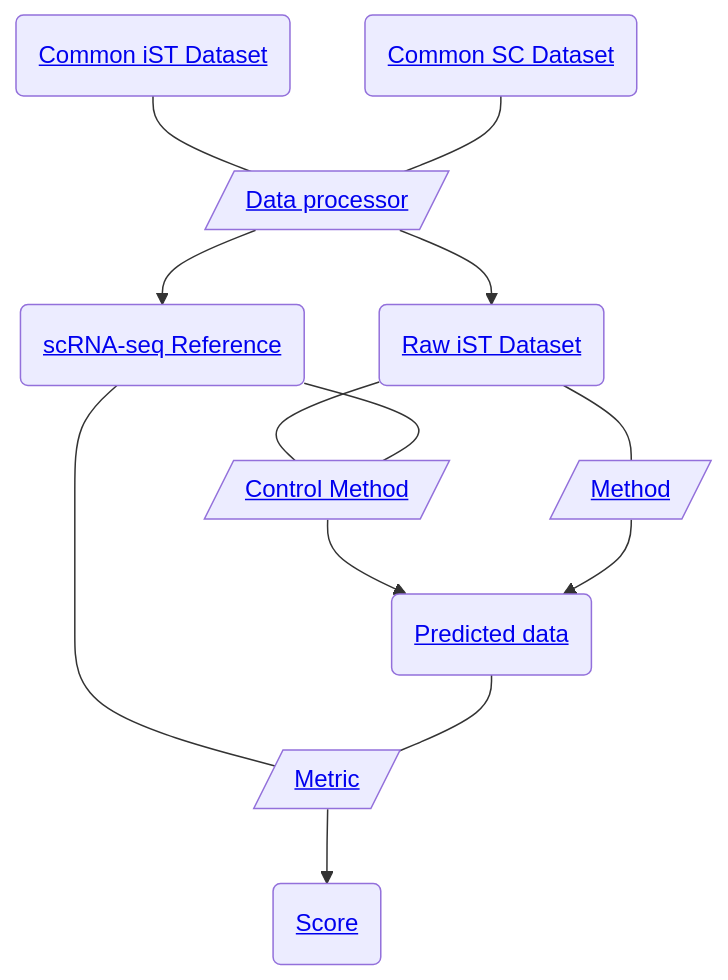
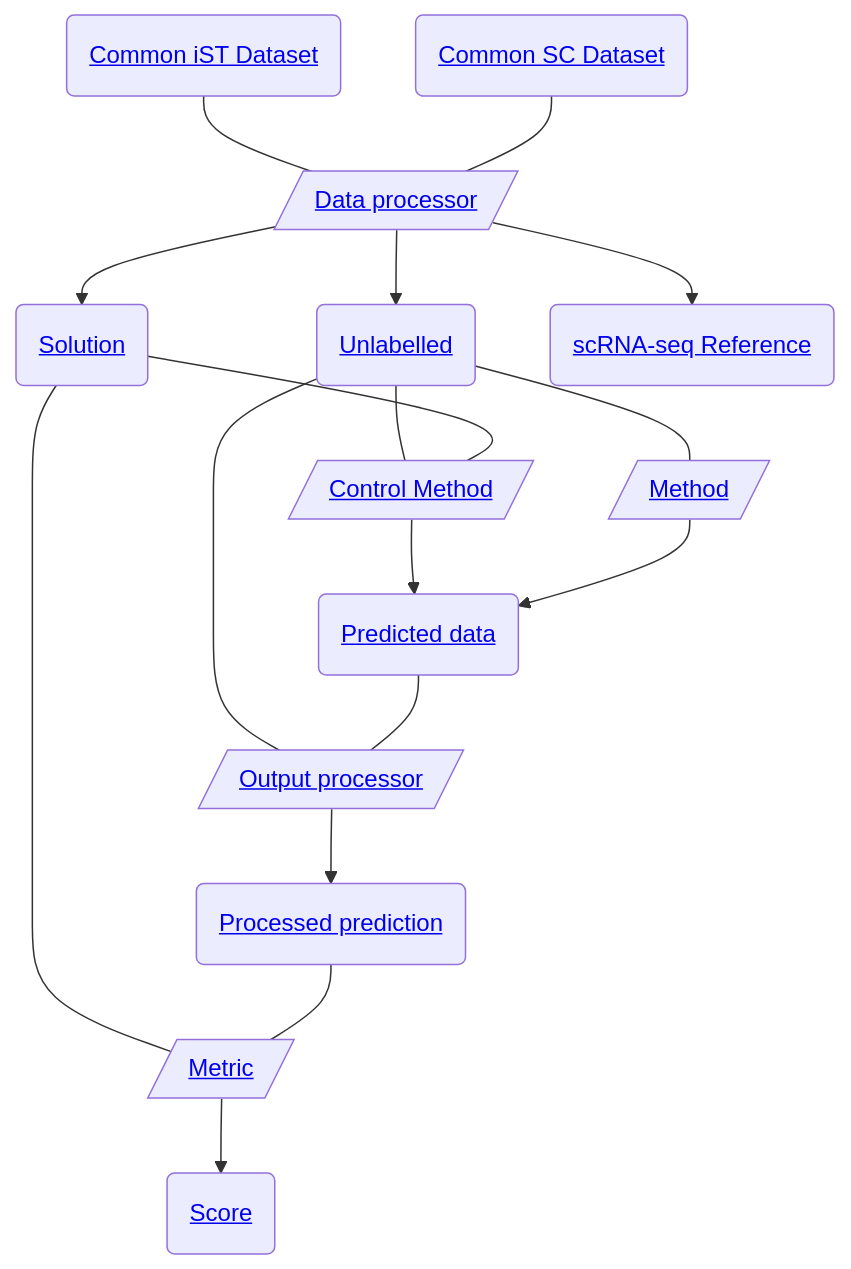
The diagram in README.md (openproblems-bio/task_spatial_segmentation), drawn with Mermaid before and after one commit. The commit also changed other lines of this file and 81 other files, not shown here.

````diff
--- a/README.md
+++ b/README.md
@@ -37,25 +37,32 @@
 ``` mermaid
 flowchart TB
   file_common_ist("<a href='https://github.com/openproblems-bio/task_spatial_segmentation#file-format-common-ist-dataset'>Common iST Dataset</a>")
   comp_data_processor[/"<a href='https://github.com/openproblems-bio/task_spatial_segmentation#component-type-data-processor'>Data processor</a>"/]
-  file_spatial_dataset("<a href='https://github.com/openproblems-bio/task_spatial_segmentation#file-format-raw-ist-dataset'>Raw iST Dataset</a>")
+  file_spatial_unlabelled("<a href='https://github.com/openproblems-bio/task_spatial_segmentation#file-format-unlabelled'>Unlabelled</a>")
+  file_spatial_solution("<a href='https://github.com/openproblems-bio/task_spatial_segmentation#file-format-solution'>Solution</a>")
   file_scrnaseq_reference("<a href='https://github.com/openproblems-bio/task_spatial_segmentation#file-format-scrna-seq-reference'>scRNA-seq Reference</a>")
   comp_control_method[/"<a href='https://github.com/openproblems-bio/task_spatial_segmentation#component-type-control-method'>Control Method</a>"/]
   comp_method[/"<a href='https://github.com/openproblems-bio/task_spatial_segmentation#component-type-method'>Method</a>"/]
+  comp_output_processor[/"<a href='https://github.com/openproblems-bio/task_spatial_segmentation#component-type-output-processor'>Output processor</a>"/]
   comp_metric[/"<a href='https://github.com/openproblems-bio/task_spatial_segmentation#component-type-metric'>Metric</a>"/]
   file_prediction("<a href='https://github.com/openproblems-bio/task_spatial_segmentation#file-format-predicted-data'>Predicted data</a>")
+  file_processed_prediction("<a href='https://github.com/openproblems-bio/task_spatial_segmentation#file-format-processed-prediction'>Processed prediction</a>")
   file_score("<a href='https://github.com/openproblems-bio/task_spatial_segmentation#file-format-score'>Score</a>")
   file_common_scrnaseq("<a href='https://github.com/openproblems-bio/task_spatial_segmentation#file-format-common-sc-dataset'>Common SC Dataset</a>")
   file_common_ist---comp_data_processor
-  comp_data_processor-->file_spatial_dataset
+  comp_data_processor-->file_spatial_unlabelled
+  comp_data_processor-->file_spatial_solution
   comp_data_processor-->file_scrnaseq_reference
-  file_spatial_dataset---comp_control_method
-  file_spatial_dataset---comp_method
-  file_scrnaseq_reference---comp_control_method
-  file_scrnaseq_reference---comp_metric
+  file_spatial_unlabelled---comp_control_method
+  file_spatial_unlabelled---comp_method
+  file_spatial_unlabelled---comp_output_processor
+  file_spatial_solution---comp_control_method
+  file_spatial_solution---comp_metric
   comp_control_method-->file_prediction
   comp_method-->file_prediction
+  comp_output_processor-->file_processed_prediction
   comp_metric-->file_score
-  file_prediction---comp_metric
+  file_prediction---comp_output_processor
+  file_processed_prediction---comp_metric
   file_common_scrnaseq---comp_data_processor
 ```
````
